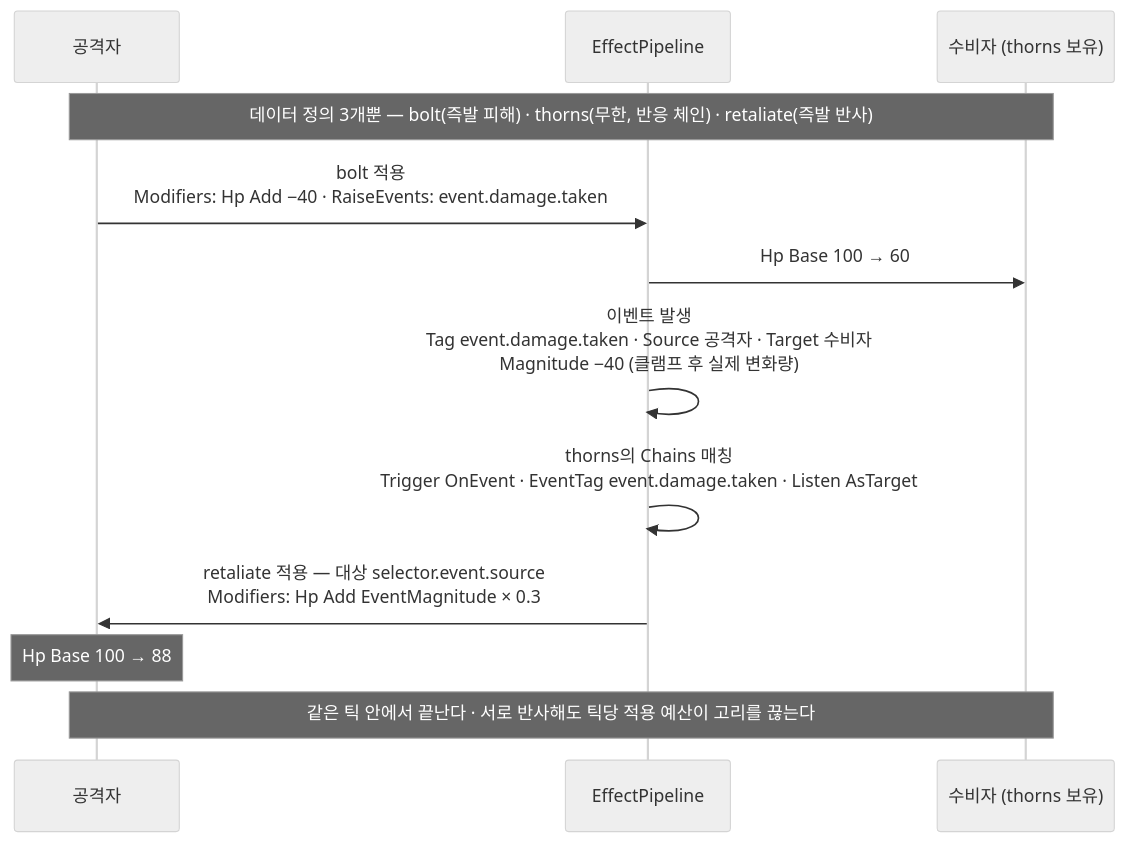
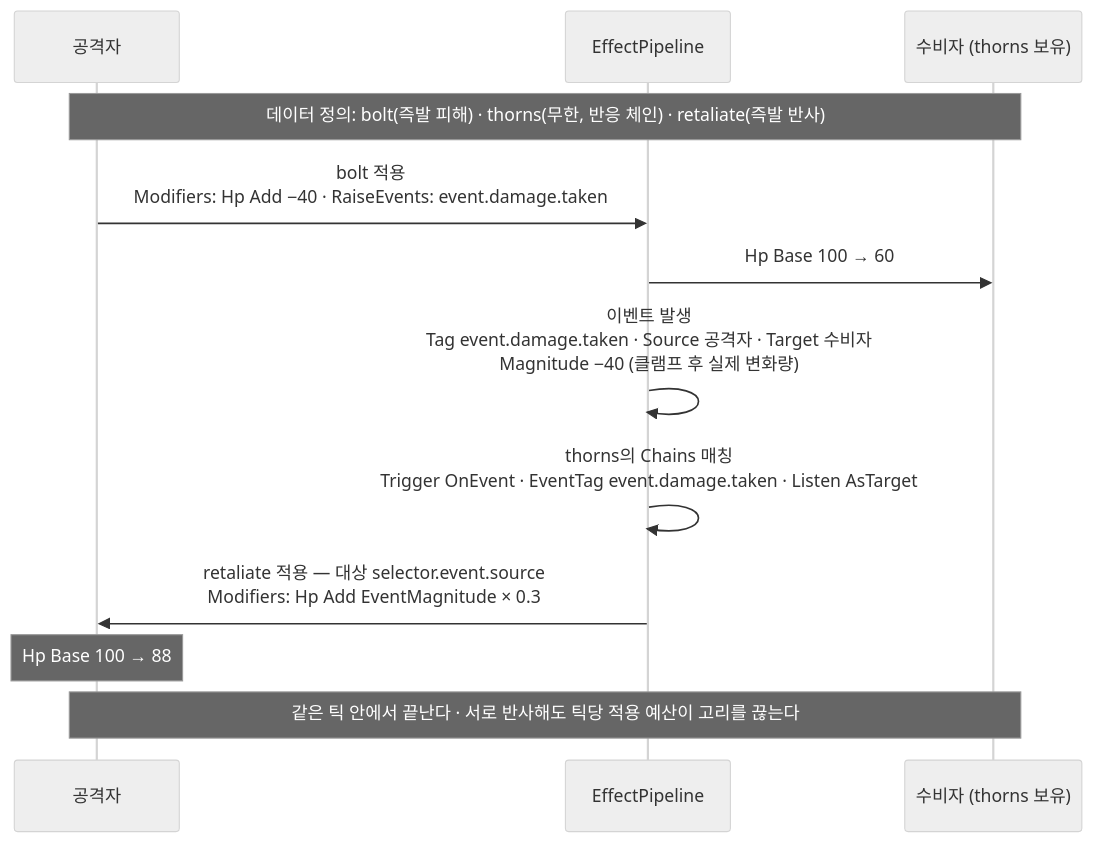
Before and after one commit to Bun3/bun3-kit: the third of 13 diagrams in docs/architecture/gameplay.md, drawn with Mermaid (neutral theme). The commit also changed other lines of this file, not shown here.

````diff
--- a/docs/architecture/gameplay.md
+++ b/docs/architecture/gameplay.md
@@ -53,14 +53,14 @@
 ```mermaid
 sequenceDiagram
   participant A as 공격자
   participant P as EffectPipeline
   participant D as 수비자 (thorns 보유)
-  Note over A,D: 데이터 정의 3개뿐 — bolt(즉발 피해) · thorns(무한, 반응 체인) · retaliate(즉발 반사)
+  Note over A,D: 데이터 정의: bolt(즉발 피해) · thorns(무한, 반응 체인) · retaliate(즉발 반사)
   A->>P: bolt 적용<br/>Modifiers: Hp Add −40 · RaiseEvents: event.damage.taken
   P->>D: Hp Base 100 → 60
   P->>P: 이벤트 발생<br/>Tag event.damage.taken · Source 공격자 · Target 수비자<br/>Magnitude −40 (클램프 후 실제 변화량)
   P->>P: thorns의 Chains 매칭<br/>Trigger OnEvent · EventTag event.damage.taken · Listen AsTarget
   P->>A: retaliate 적용 — 대상 selector.event.source<br/>Modifiers: Hp Add EventMagnitude × 0.3
   Note over A: Hp Base 100 → 88
   Note over A,D: 같은 틱 안에서 끝난다 · 서로 반사해도 틱당 적용 예산이 고리를 끊는다
 ```
````
